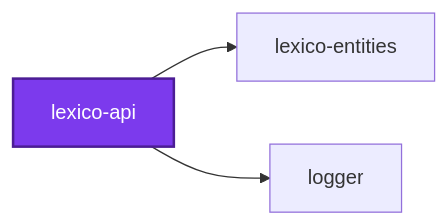
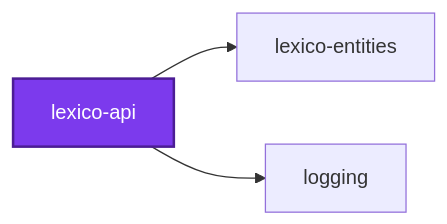
Before and after one commit to Organizzolini/codebase: the first of 3 diagrams in applications/lexico-api/README.md, drawn with Mermaid. The commit also changed 30 other files, not shown here.

Commit message:
refactor(ic-suite): ♻️ rename the logger nx project and its name tag to logging

````diff
--- a/applications/lexico-api/README.md
+++ b/applications/lexico-api/README.md
@@ -24,10 +24,10 @@
 ```mermaid
 graph LR
   lexico_api["lexico-api"]
   lexico_entities["lexico-entities"]
-  logger["logger"]
+  logging["logging"]
   lexico_api --> lexico_entities
-  lexico_api --> logger
+  lexico_api --> logging
   classDef subject fill:#7c3aed,color:#fff,stroke:#4c1d95,stroke-width:2px
   class lexico_api subject
 ```
````
